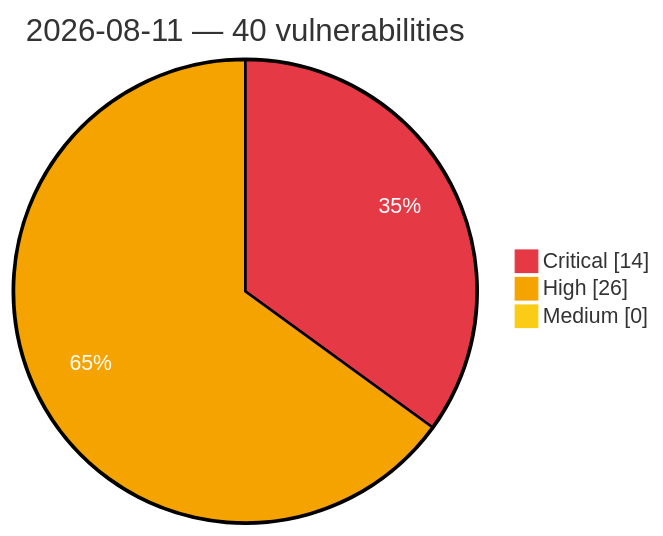
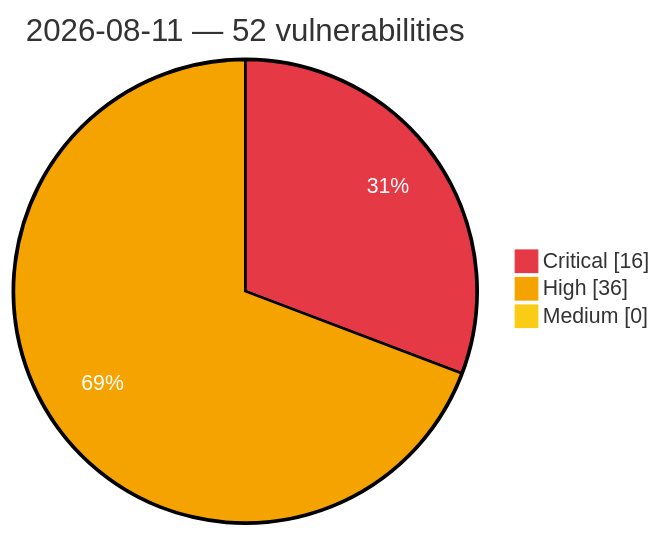
The diagram in vulnerabilities/2026/August/2026-08-11.md (GhostX0X/vuln-tracker), drawn with Mermaid before and after one commit. The commit also changed other lines of this file and 5 other files, not shown here.

Commit message:
Auto update: critical/high vulns (2026-08-11 15:07 UTC)

````diff
--- a/vulnerabilities/2026/August/2026-08-11.md
+++ b/vulnerabilities/2026/August/2026-08-11.md
@@ -3,8 +3,8 @@
 ```mermaid
 %%{init: {'theme':'base', 'themeVariables': {'pie1':'#e63946', 'pie2':'#f4a300', 'pie3':'#facc15', 'pieOpacity':'1', 'pieOuterStrokeWidth':'2px', 'pieSectionTextColor':'#ffffff'}}}%%
 pie showData
-    title 2026-08-11 — 40 vulnerabilities
-    "Critical" : 14
-    "High" : 26
+    title 2026-08-11 — 52 vulnerabilities
+    "Critical" : 16
+    "High" : 36
     "Medium" : 0
 ```
````
